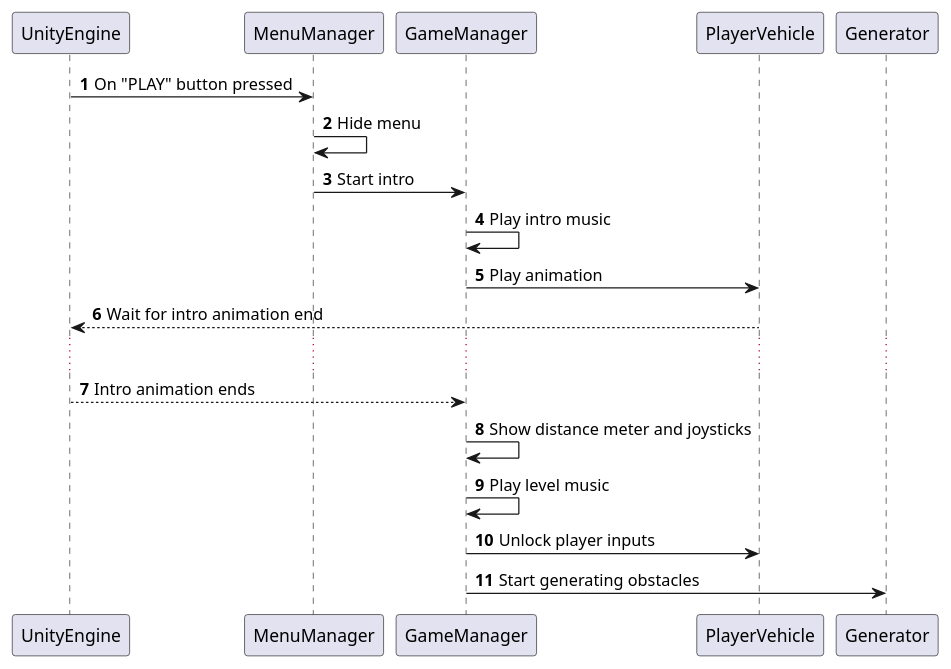
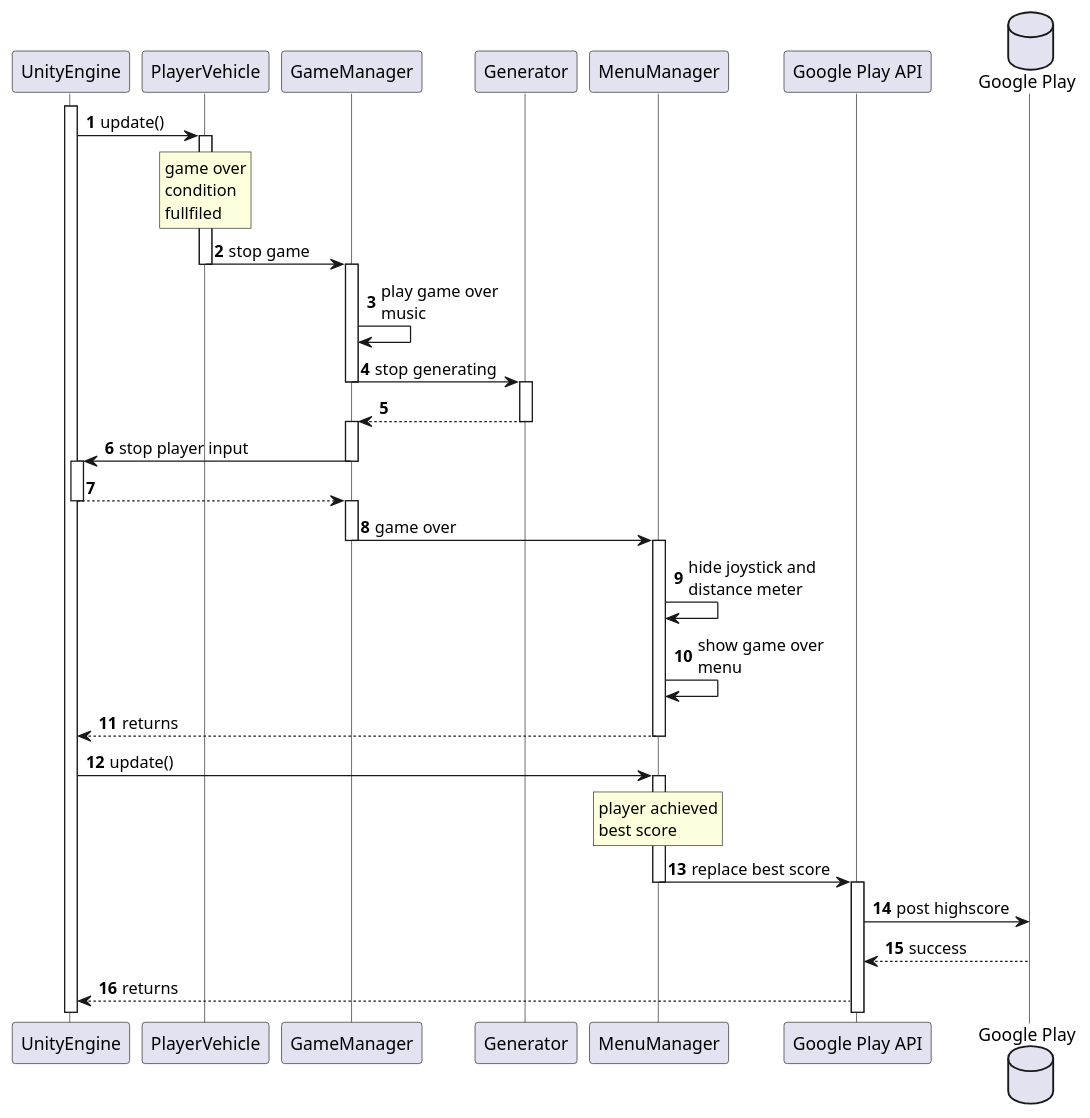
Before and after one commit to CKTA00/Robbery_Rush_UML: the diagram in UML/game_over_sequence_diagram.puml, drawn with PlantUML. The commit also changed 1 other file, not shown here.

Commit message:
Minor changes to sequences
Added game over music call and hide distance meter to game over sequence. Added returns to leaderboard sequence

```diff
--- a/UML/game_over_sequence_diagram.puml
+++ b/UML/game_over_sequence_diagram.puml
@@ -1,23 +1,36 @@
 @startuml
 'https://plantuml.com/sequence-diagram
 
 autonumber
+skinparam lifelineStrategy solid
+participant UnityEngine
+activate UnityEngine
+UnityEngine -> PlayerVehicle ++: update()
+rnote over PlayerVehicle: game over\ncondition\nfullfiled
 
+PlayerVehicle -> GameManager --++: stop game
 
+GameManager -> GameManager: play game over\nmusic
+GameManager -> Generator--++: stop generating
+GameManager <-- Generator--++:
 
-UnityEngine -> MenuManager: On "PLAY" button pressed
-MenuManager -> MenuManager: Hide menu
-MenuManager -> GameManager: Start intro
-GameManager->GameManager: Play intro music
-GameManager-> PlayerVehicle: Play animation
-PlayerVehicle --> UnityEngine: Wait for intro animation end
-...
-UnityEngine --> GameManager: Intro animation ends
-GameManager -> GameManager: Show distance meter and joysticks
-GameManager -> GameManager: Play level music
-GameManager -> PlayerVehicle: Unlock player inputs
-GameManager -> Generator: Start generating obstacles
+GameManager -> UnityEngine--++: stop player input
+GameManager <-- UnityEngine--++:
 
+GameManager -> MenuManager --++: game over
+MenuManager -> MenuManager : hide joystick and\ndistance meter
+MenuManager -> MenuManager : show game over\nmenu
+'GameManager <-- MenuManager --++:
+'GameManager --> PlayerVehicle--++:
+'PlayerVehicle --> UnityEngine--:
+MenuManager --> UnityEngine--: returns
+UnityEngine -> MenuManager ++: update()
+rnote over MenuManager: player achieved\nbest score
+MenuManager -> "Google Play API" --++: replace best score
+database "Google Play"
+"Google Play API" -> "Google Play": post highscore
+"Google Play API" <-- "Google Play": success
+"Google Play API" --> UnityEngine: returns
 
 
 @enduml
```
